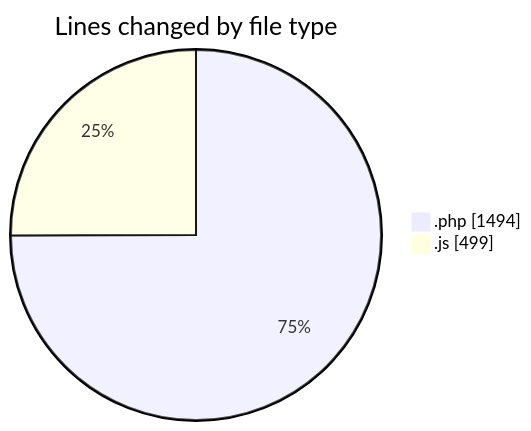
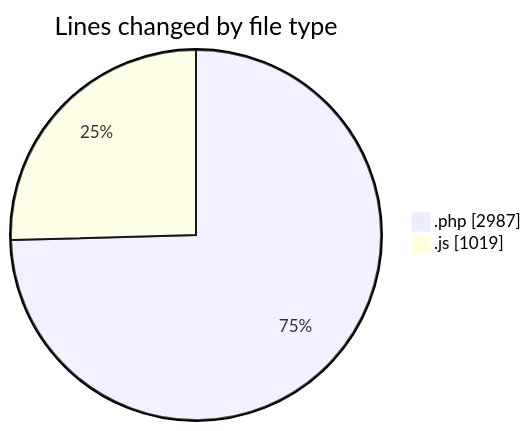
One commit to debugP/code-tracking changed the first of 2 diagrams in 2026-07-24/untitled__workspace_/README.md. Above: the diagram before and after it, drawn with Mermaid. The commit also changed other lines of this file and 1 other file, not shown here.

````diff
--- a/2026-07-24/untitled__workspace_/README.md
+++ b/2026-07-24/untitled__workspace_/README.md
@@ -21,6 +22,6 @@
 ```mermaid
 pie showData
 title Lines changed by file type
-".php" : 1494
-".js" : 499
+".php" : 2987
+".js" : 1019
 ```
````
